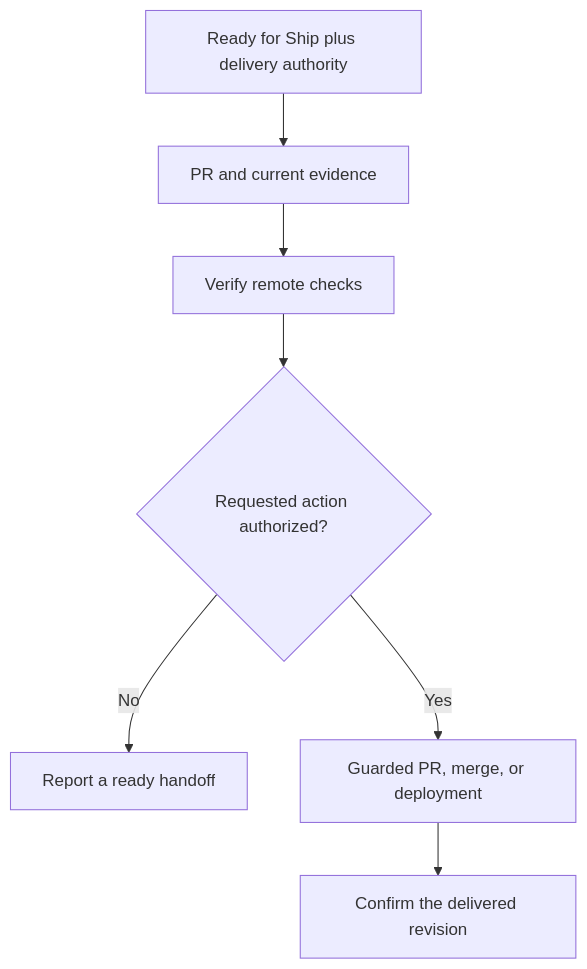
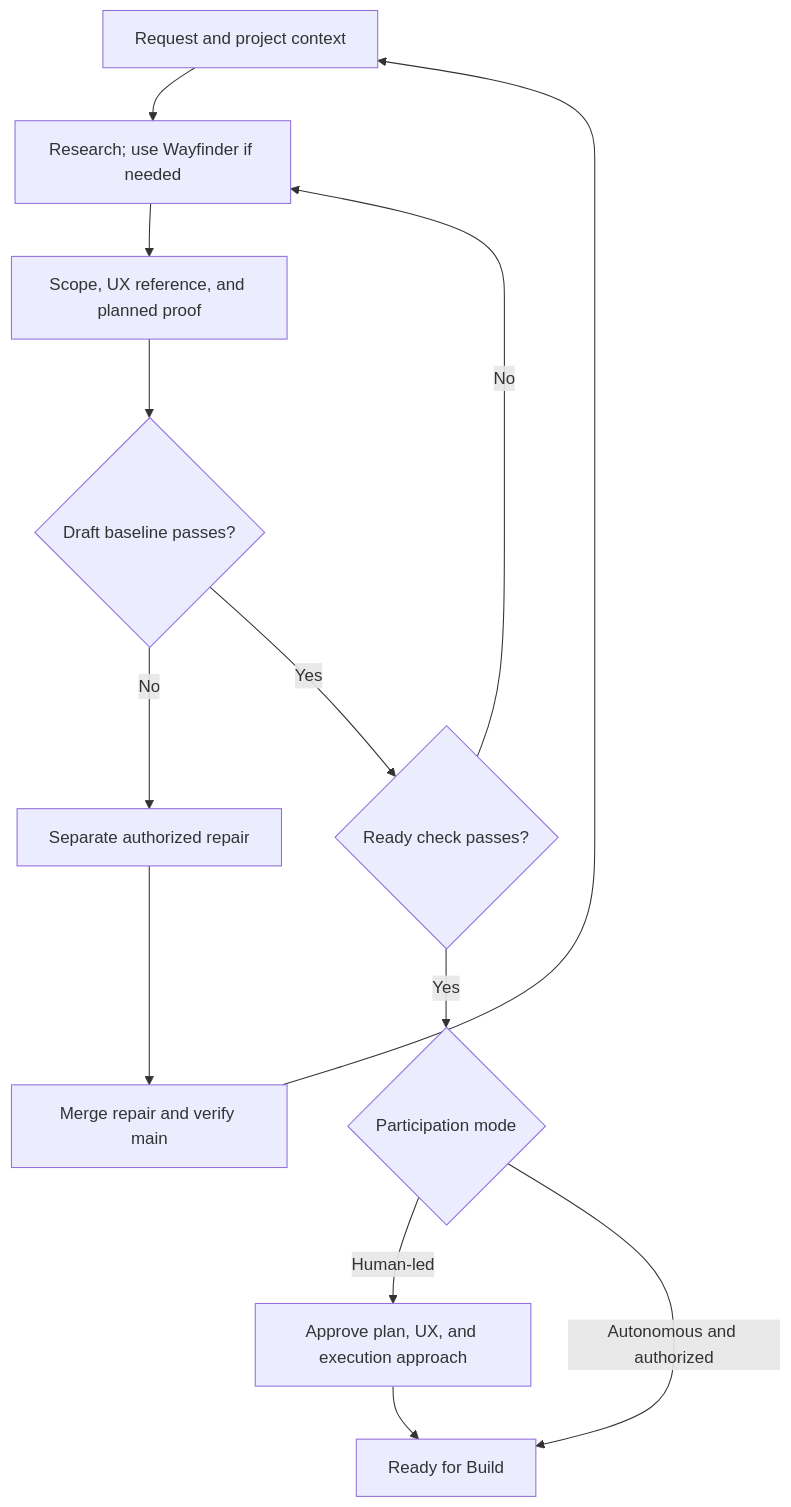
The second of 7 diagrams in README.md (sgaabdu4/hard-eng), drawn with Mermaid before and after one commit. The commit also changed other lines of this file and 1 other file, not shown here.

Commit message:
Explain the complete workflow with sequential Mermaid diagrams

````diff
--- a/README.md
+++ b/README.md
@@ -79,9 +74,15 @@
 ```mermaid
 flowchart TD
-  A[Ready for Ship plus delivery authority] --> B[PR and current evidence]
-  B --> C[Verify remote checks]
-  C --> D{Requested action authorized?}
-  D -->|No| E[Report a ready handoff]
-  D -->|Yes| F[Guarded PR, merge, or deployment]
-  F --> G[Confirm the delivered revision]
+  A[Request and project context] --> B[Research; use Wayfinder if needed]
+  B --> C[Scope, UX reference, and planned proof]
+  C --> D{Draft baseline passes?}
+  D -->|No| R[Separate authorized repair]
+  R --> V[Merge repair and verify main]
+  V --> A
+  D -->|Yes| E{Ready check passes?}
+  E -->|No| B
+  E -->|Yes| F{Participation mode}
+  F -->|Human-led| G[Approve plan, UX, and execution approach]
+  G --> H[Ready for Build]
+  F -->|Autonomous and authorized| H
 ```
````
